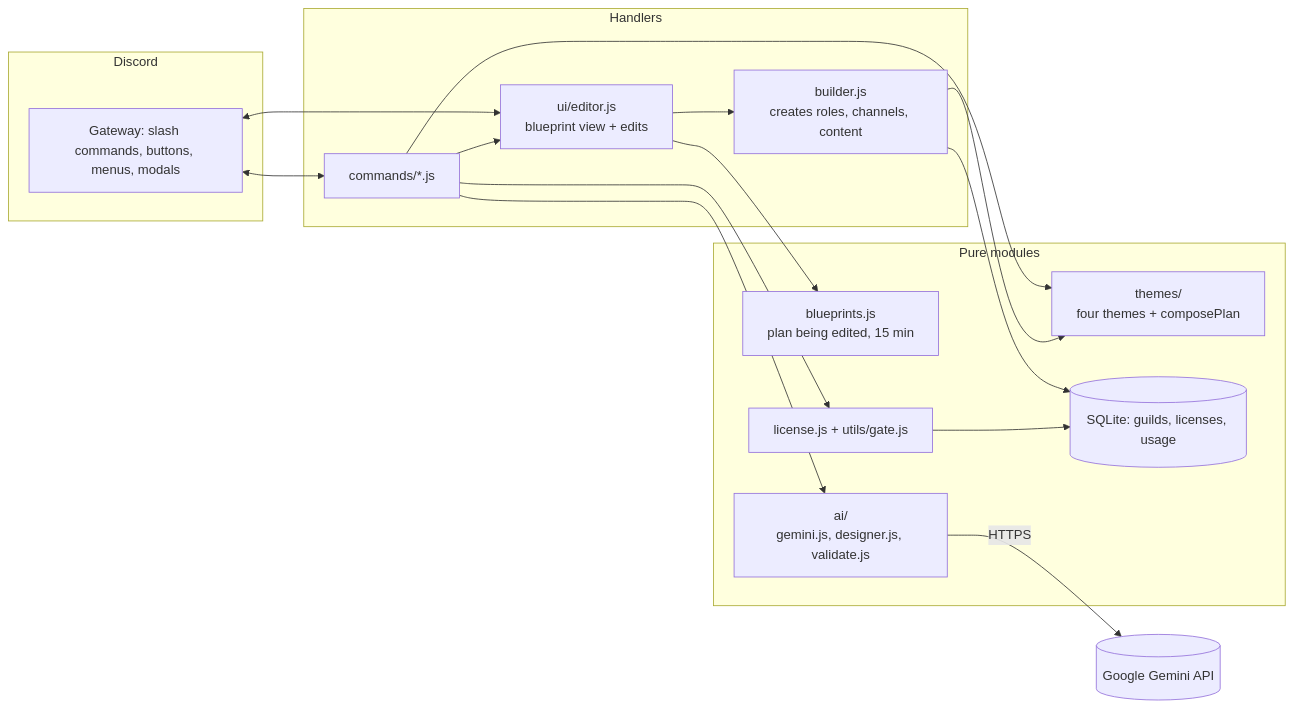
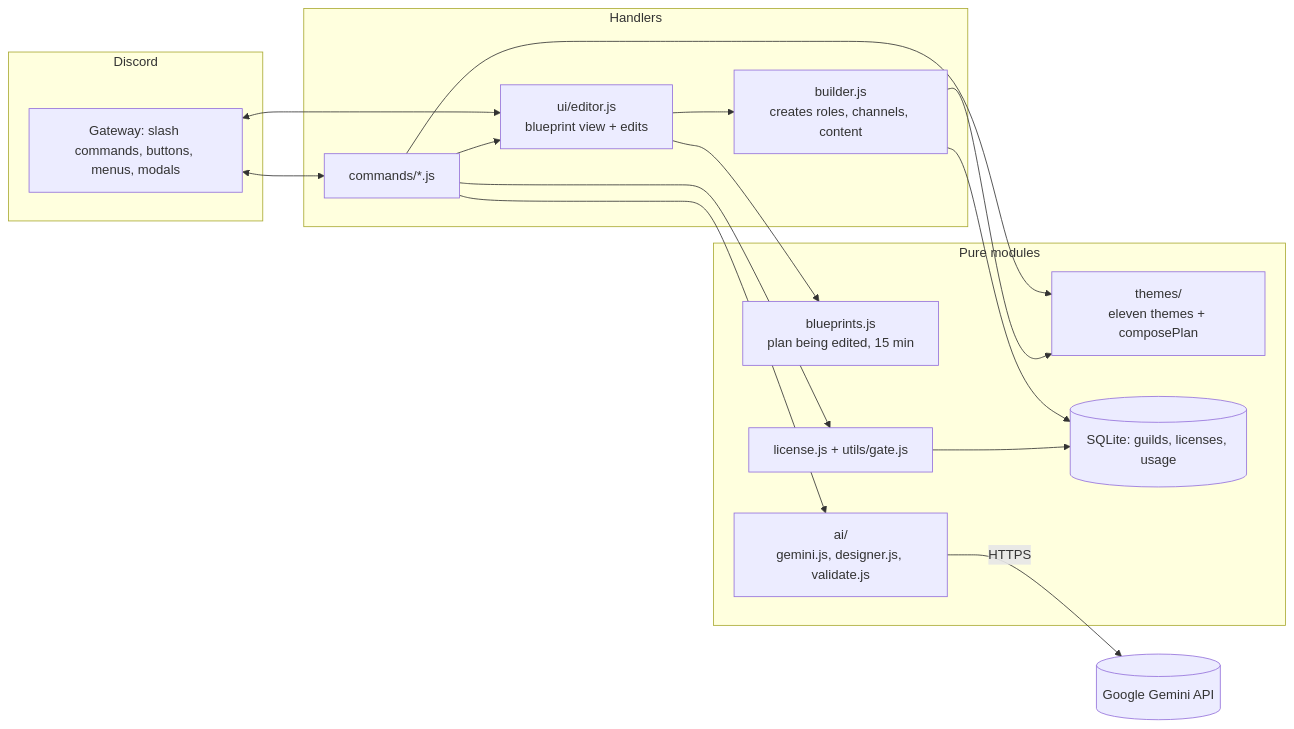
Before and after one commit to nhaajtt/buildDISCORD: the first of 3 diagrams in docs/architecture.md, drawn with Mermaid. The commit also changed 29 other files, not shown here.

Commit message:
Seven new themes including Book a Friend, website supports eleven themes, tests for every mix

````diff
--- a/docs/architecture.md
+++ b/docs/architecture.md
@@ -5,30 +5,30 @@
 ```mermaid
 flowchart LR
   subgraph Discord
     G[Gateway: slash commands, buttons, menus, modals]
   end
   subgraph Handlers
     C[commands/*.js]
     E[ui/editor.js<br/>blueprint view + edits]
     B[builder.js<br/>creates roles, channels, content]
   end
   subgraph Pure modules
-    T[themes/<br/>four themes + composePlan]
+    T[themes/<br/>eleven themes + composePlan]
     BP[blueprints.js<br/>plan being edited, 15 min]
     AI[ai/<br/>gemini.js, designer.js, validate.js]
     L[license.js + utils/gate.js]
     DB[(SQLite: guilds, licenses, usage)]
   end
   G <--> C
   G <--> E
   C --> T
   C --> AI
   C --> L
   C --> E
   E --> BP
   E --> B
   B --> T
   B --> DB
   L --> DB
   AI -->|HTTPS| Gemini[(Google Gemini API)]
 ```
````
